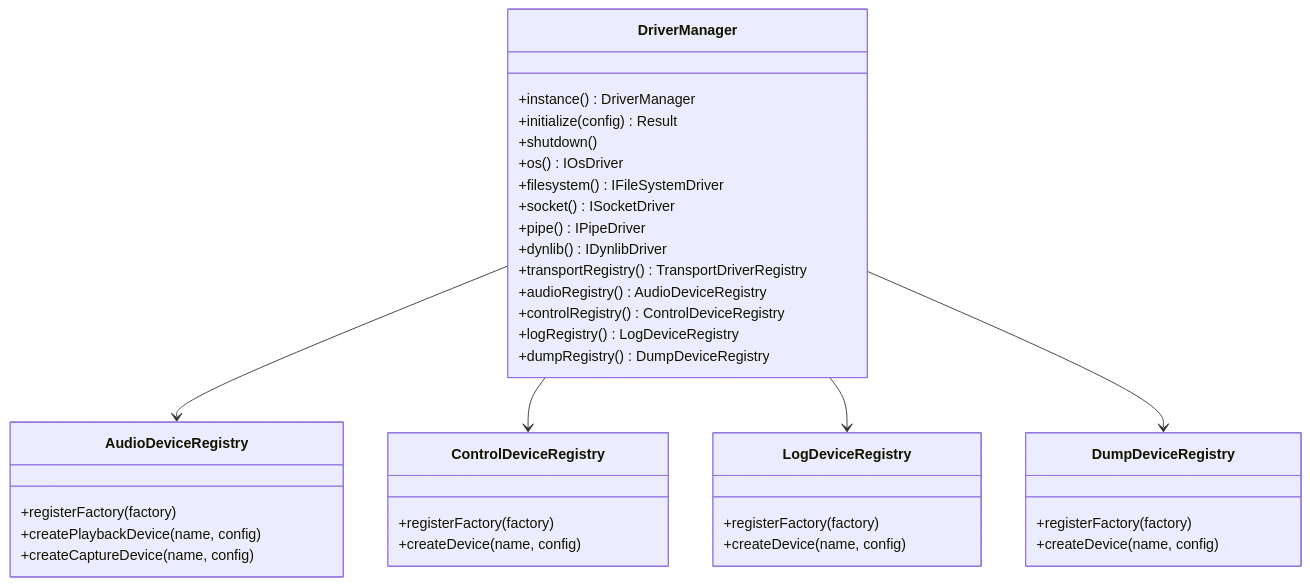
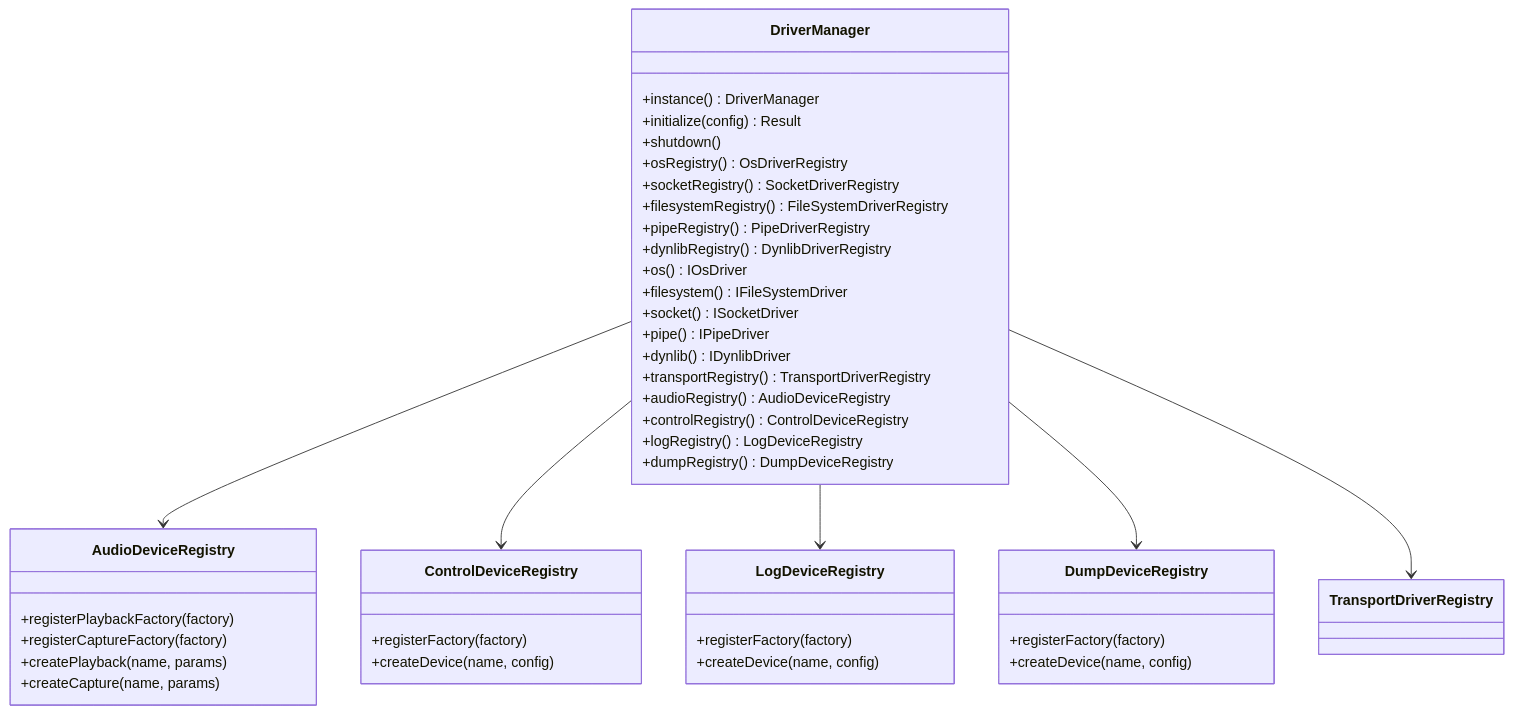
One commit to handsomeleeshu/Audio-Studio changed the seventh of 15 diagrams in docs/audio_studio_framework_design.md. Above: the diagram before and after it, drawn with Mermaid. The commit also changed other lines of this file and 79 other files, not shown here.

````diff
--- a/docs/audio_studio_framework_design.md
+++ b/docs/audio_studio_framework_design.md
@@ -1733,44 +1757,51 @@
 ```mermaid
 classDiagram
   class DriverManager {
     +instance() DriverManager
     +initialize(config) Result
     +shutdown()
+    +osRegistry() OsDriverRegistry
+    +socketRegistry() SocketDriverRegistry
+    +filesystemRegistry() FileSystemDriverRegistry
+    +pipeRegistry() PipeDriverRegistry
+    +dynlibRegistry() DynlibDriverRegistry
     +os() IOsDriver
     +filesystem() IFileSystemDriver
     +socket() ISocketDriver
     +pipe() IPipeDriver
     +dynlib() IDynlibDriver
     +transportRegistry() TransportDriverRegistry
     +audioRegistry() AudioDeviceRegistry
     +controlRegistry() ControlDeviceRegistry
     +logRegistry() LogDeviceRegistry
     +dumpRegistry() DumpDeviceRegistry
   }
 
   class AudioDeviceRegistry {
-    +registerFactory(factory)
-    +createPlaybackDevice(name, config)
-    +createCaptureDevice(name, config)
+    +registerPlaybackFactory(factory)
+    +registerCaptureFactory(factory)
+    +createPlayback(name, params)
+    +createCapture(name, params)
   }
 
   class ControlDeviceRegistry {
     +registerFactory(factory)
     +createDevice(name, config)
   }
 
   class LogDeviceRegistry {
     +registerFactory(factory)
     +createDevice(name, config)
   }
 
   class DumpDeviceRegistry {
     +registerFactory(factory)
     +createDevice(name, config)
   }
 
   DriverManager --> AudioDeviceRegistry
   DriverManager --> ControlDeviceRegistry
   DriverManager --> LogDeviceRegistry
   DriverManager --> DumpDeviceRegistry
+  DriverManager --> TransportDriverRegistry
 ```
````
